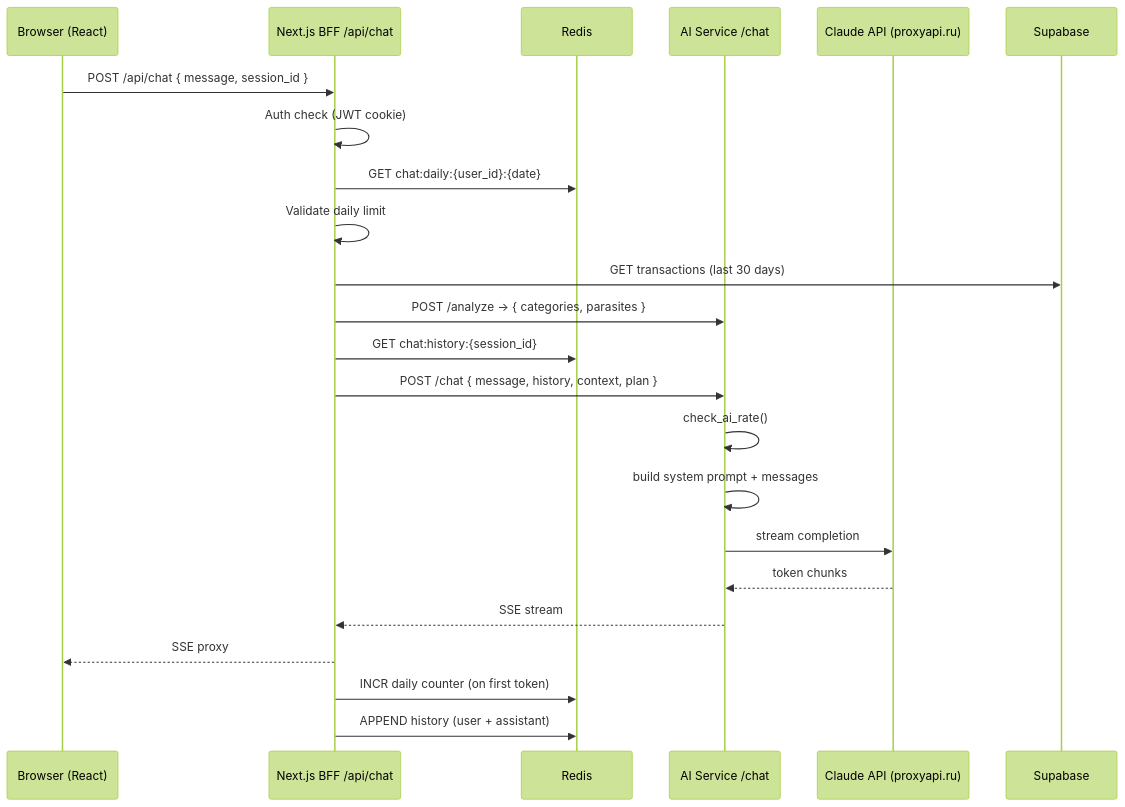
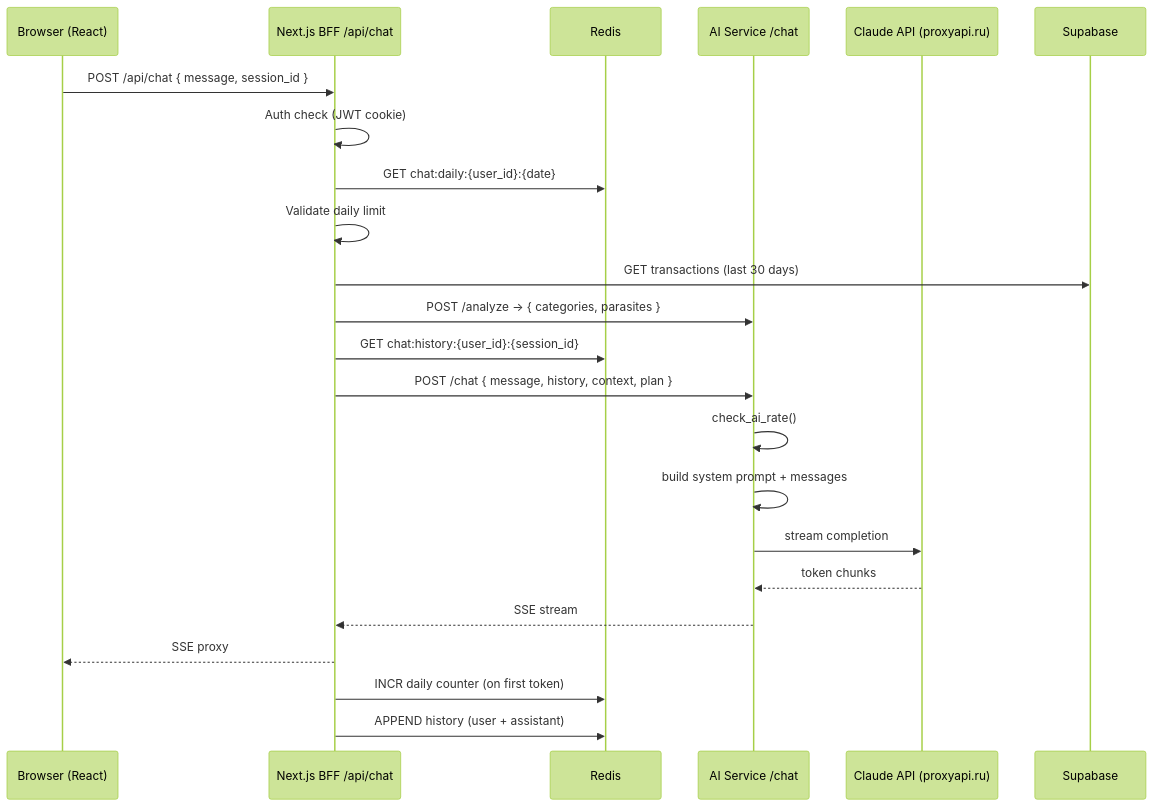
Before and after one commit to timokay/08042026-apr-Lesson2-cleo: the diagram in docs/features/ai-chat/sparc/Architecture.md, drawn with Mermaid (forest theme). The commit also changed 1 other file, not shown here.

Commit message:
docs(feature): validation complete for ai-chat

````diff
--- a/docs/features/ai-chat/sparc/Architecture.md
+++ b/docs/features/ai-chat/sparc/Architecture.md
@@ -9,25 +9,25 @@
 ```mermaid
 sequenceDiagram
   participant Client as Browser (React)
   participant BFF as Next.js BFF /api/chat
   participant Redis as Redis
   participant AI as AI Service /chat
   participant Claude as Claude API (proxyapi.ru)
 
   Client->>BFF: POST /api/chat { message, session_id }
   BFF->>BFF: Auth check (JWT cookie)
   BFF->>Redis: GET chat:daily:{user_id}:{date}
   BFF->>BFF: Validate daily limit
   BFF->>Supabase: GET transactions (last 30 days)
   BFF->>AI: POST /analyze → { categories, parasites }
-  BFF->>Redis: GET chat:history:{session_id}
+  BFF->>Redis: GET chat:history:{user_id}:{session_id}
   BFF->>AI: POST /chat { message, history, context, plan }
   AI->>AI: check_ai_rate()
   AI->>AI: build system prompt + messages
   AI->>Claude: stream completion
   Claude-->>AI: token chunks
   AI-->>BFF: SSE stream
   BFF-->>Client: SSE proxy
   BFF->>Redis: INCR daily counter (on first token)
   BFF->>Redis: APPEND history (user + assistant)
 ```
````
